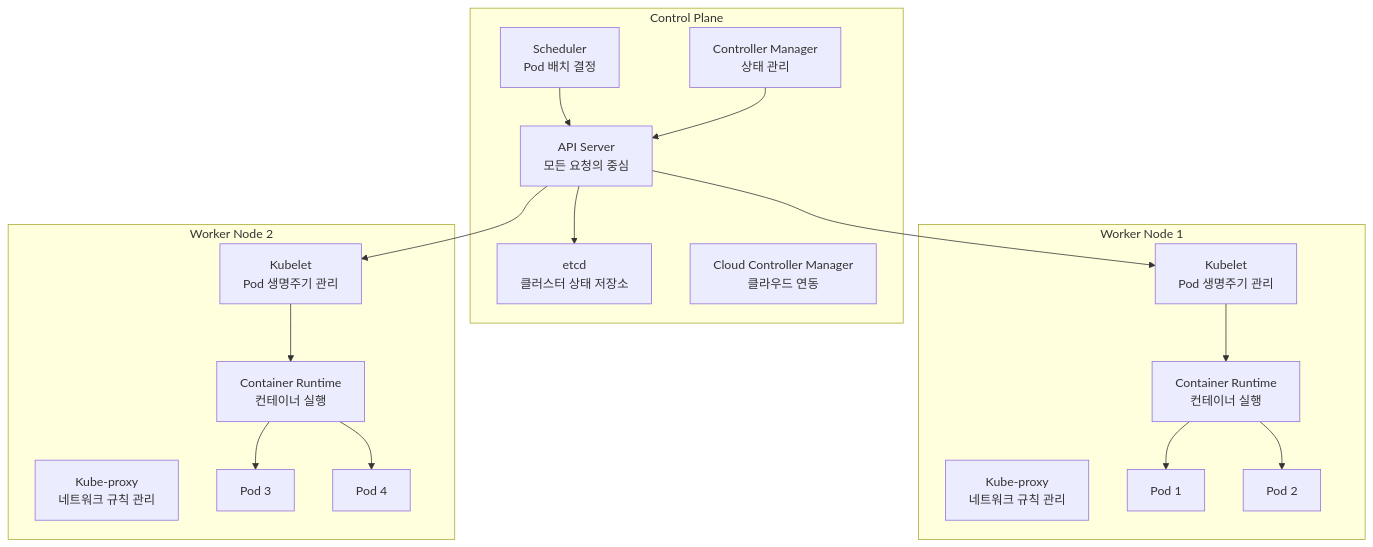
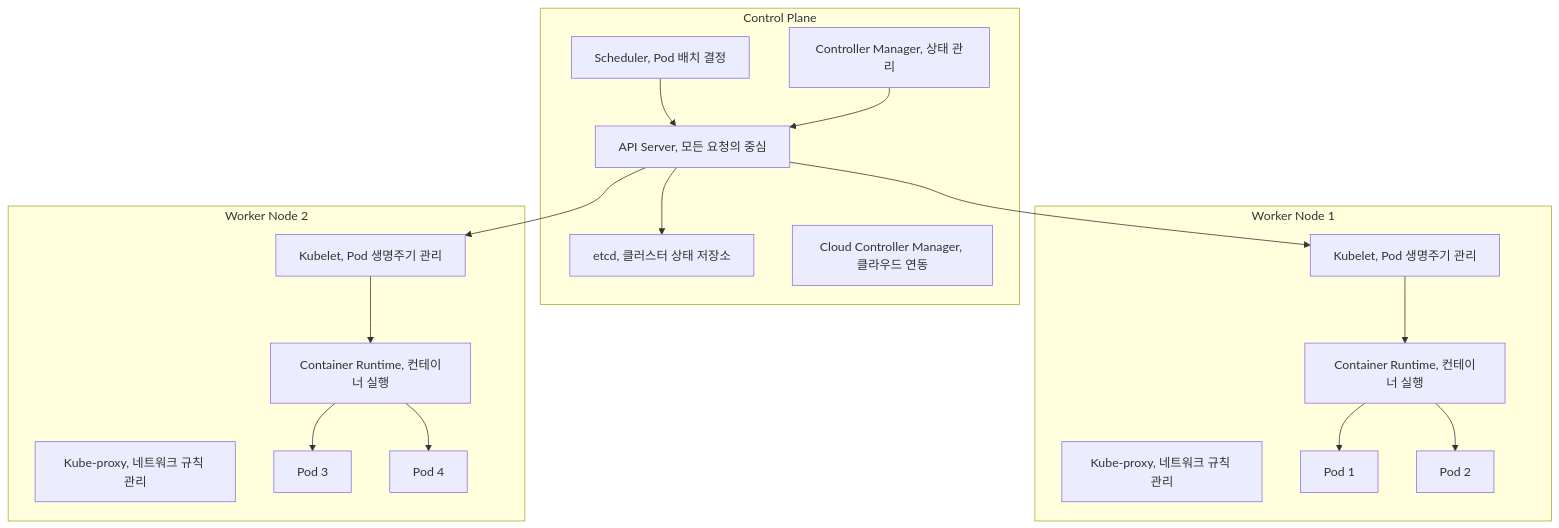
Before and after one commit to choru-k/choru-wiki: the diagram in docs/cs/guide/chapter-12-container-kubernetes/03-kubernetes-fundamentals.md, drawn with Mermaid. The commit also changed 3 other files, not shown here.

````diff
--- a/docs/cs/guide/chapter-12-container-kubernetes/03-kubernetes-fundamentals.md
+++ b/docs/cs/guide/chapter-12-container-kubernetes/03-kubernetes-fundamentals.md
@@ -31,39 +31,39 @@
 ```mermaid
 graph TB
     subgraph "Control Plane"
-        API[API Server<br/>모든 요청의 중심]
-        ETCD[etcd<br/>클러스터 상태 저장소]
-        SCHED[Scheduler<br/>Pod 배치 결정]
-        CM[Controller Manager<br/>상태 관리]
-        CCM[Cloud Controller Manager<br/>클라우드 연동]
+        API[API Server, 모든 요청의 중심]
+        ETCD[etcd, 클러스터 상태 저장소]
+        SCHED[Scheduler, Pod 배치 결정]
+        CM[Controller Manager, 상태 관리]
+        CCM[Cloud Controller Manager, 클라우드 연동]
     end
     
     subgraph "Worker Node 1"
-        KUB1[Kubelet<br/>Pod 생명주기 관리]
-        PROXY1[Kube-proxy<br/>네트워크 규칙 관리]
-        RT1[Container Runtime<br/>컨테이너 실행]
+        KUB1[Kubelet, Pod 생명주기 관리]
+        PROXY1[Kube-proxy, 네트워크 규칙 관리]
+        RT1[Container Runtime, 컨테이너 실행]
         POD1[Pod 1]
         POD2[Pod 2]
     end
     
     subgraph "Worker Node 2"  
-        KUB2[Kubelet<br/>Pod 생명주기 관리]
-        PROXY2[Kube-proxy<br/>네트워크 규칙 관리]
-        RT2[Container Runtime<br/>컨테이너 실행]
+        KUB2[Kubelet, Pod 생명주기 관리]
+        PROXY2[Kube-proxy, 네트워크 규칙 관리]
+        RT2[Container Runtime, 컨테이너 실행]
         POD3[Pod 3]
         POD4[Pod 4]
     end
     
     API --> KUB1
     API --> KUB2
     API --> ETCD
     SCHED --> API
     CM --> API
     
     KUB1 --> RT1
     KUB2 --> RT2
     RT1 --> POD1
     RT1 --> POD2
     RT2 --> POD3
     RT2 --> POD4
 ```
````
